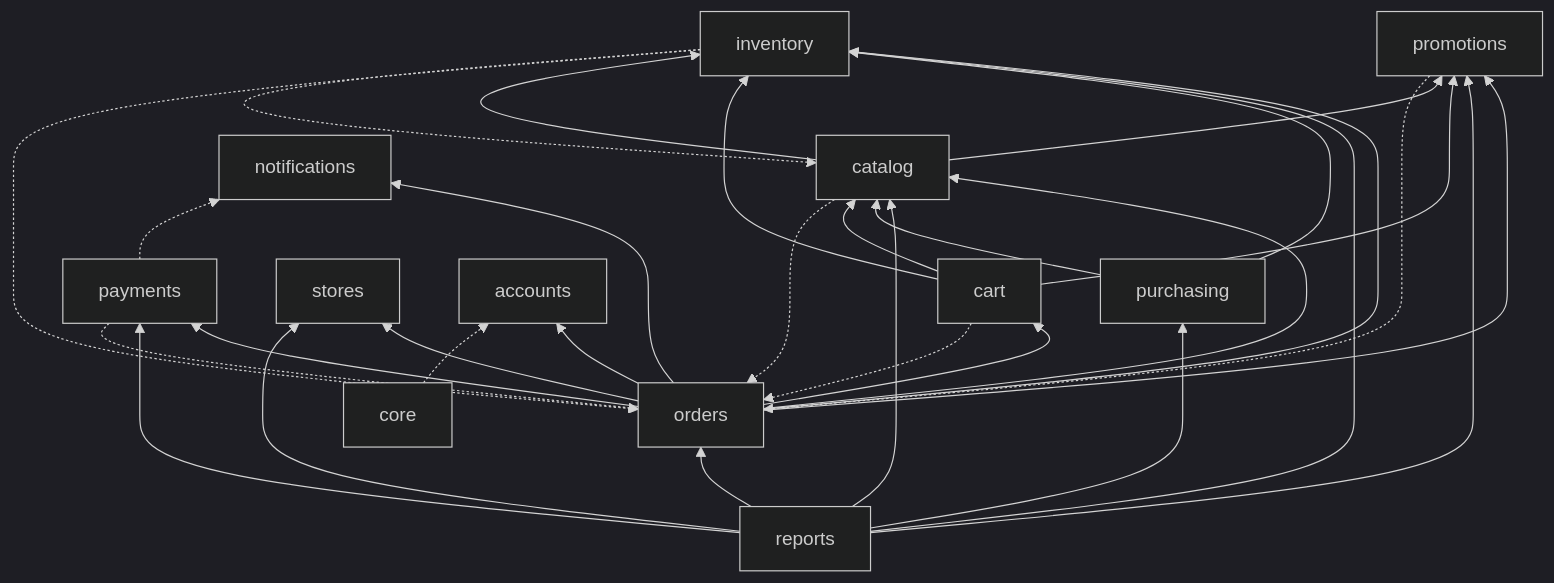
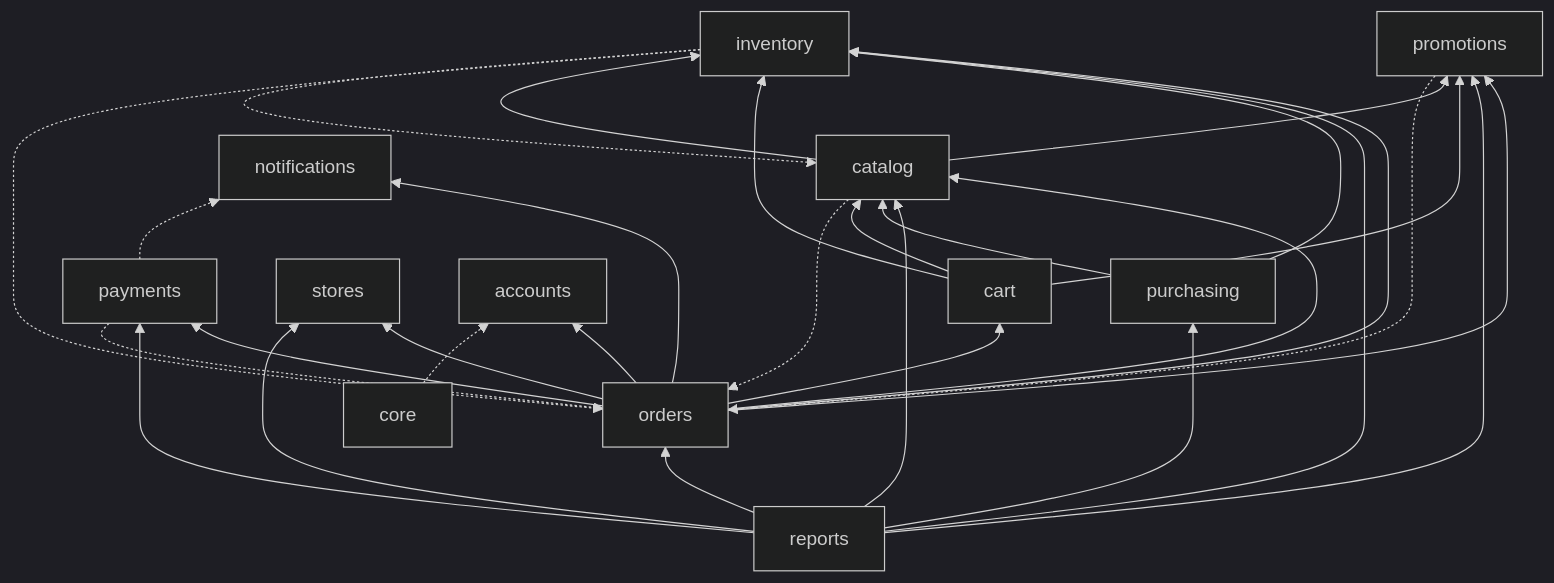
Before and after one commit to adhamhe6/grocery-ecommerce: the third of 5 diagrams in docs/architecture.md, drawn with Mermaid (dark theme). The commit also changed other lines of this file and 225 other files, not shown here.

````diff
--- a/docs/architecture.md
+++ b/docs/architecture.md
@@ -177,33 +177,32 @@
 ```mermaid
 flowchart BT
     orders --> cart
     orders --> payments
     orders --> inventory
     orders --> promotions
     orders --> catalog
     orders --> stores
     orders --> accounts
     orders --> notifications
     reports --> orders
     reports --> payments
     reports --> purchasing
     reports --> inventory
     reports --> catalog
     reports --> promotions
     reports --> stores
     purchasing --> inventory
     purchasing --> catalog
     cart --> catalog
     cart --> inventory
     cart --> promotions
     catalog --> inventory
     catalog --> promotions
     payments -.-> orders
     payments -.-> notifications
     inventory -.-> orders
     inventory -.-> catalog
     promotions -.-> orders
     catalog -.-> orders
-    cart -.-> orders
     core -.-> accounts
 ```
````
